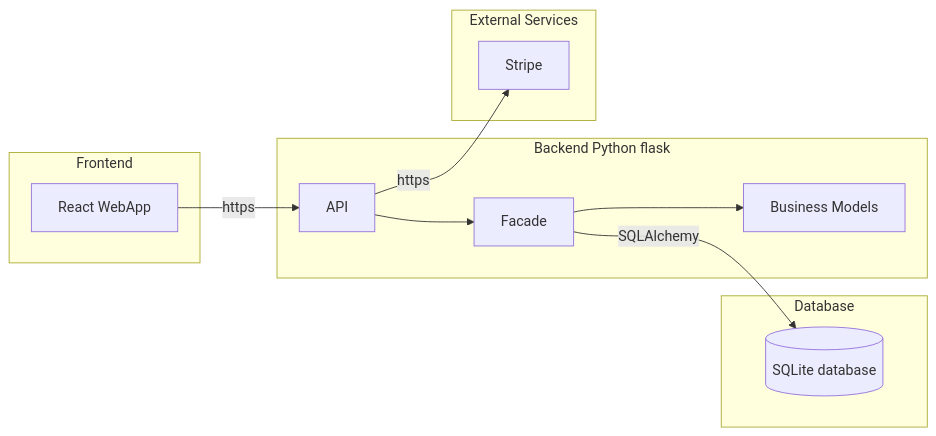
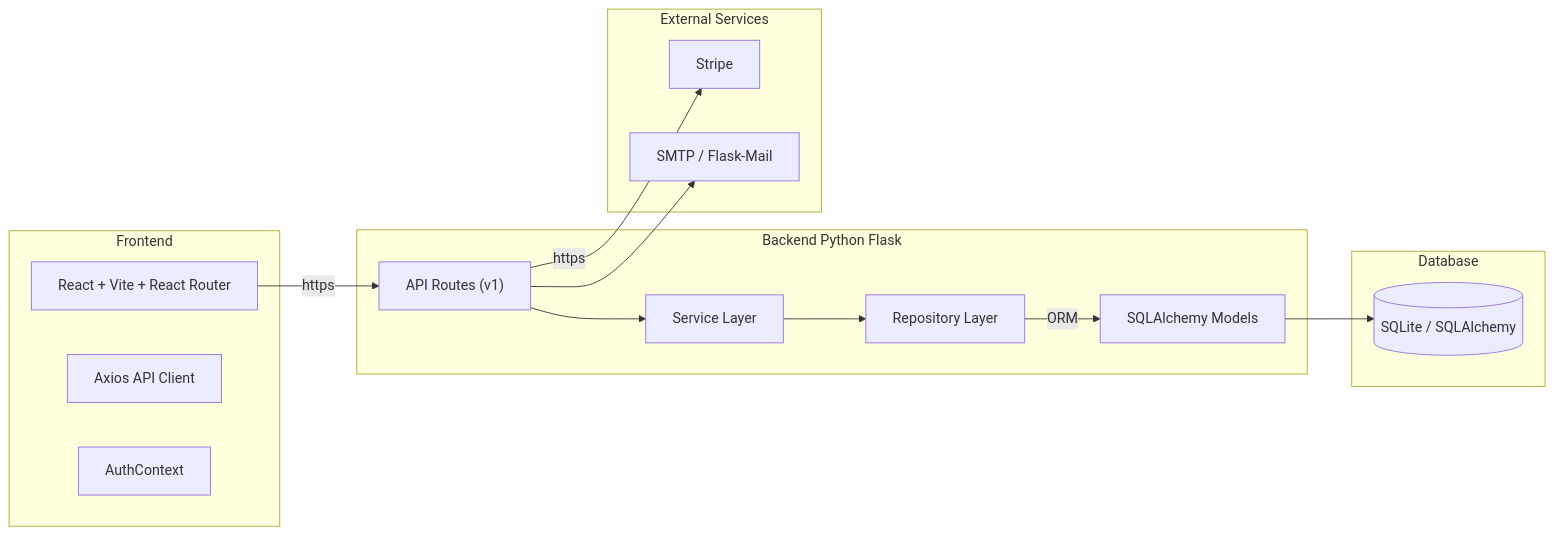
The first of 6 diagrams in docs/Technical Documentation(Stage 3).md (ylabate/Portfolio-Project), drawn with Mermaid before and after one commit. The commit also changed other lines of this file and 1 other file, not shown here.

````diff
--- a/docs/Technical Documentation(Stage 3).md
+++ b/docs/Technical Documentation(Stage 3).md
@@ -52,22 +52,28 @@
 ```mermaid
 flowchart LR
- subgraph frontend["Frontend"]
-        webapp["React WebApp"]
-  end
- subgraph backend["Backend Python flask"]
-        api["API"]
-        facade["Facade"]
-        Models["Business Models"]
-  end
- subgraph database["Database"]
-        sqlite[("SQLite database")]
-  end
- subgraph external["External Services"]
-        stripe["Stripe"]
-  end
-    webapp -- https --> api
-    api --> facade
-    api -- https --> stripe
-    facade --> Models
-    facade -- SQLAlchemy --> sqlite
+     subgraph frontend["Frontend"]
+            webapp["React + Vite + React Router"]
+            apiclient["Axios API Client"]
+            context["AuthContext"]
+    end
+     subgraph backend["Backend Python Flask"]
+            api["API Routes (v1)"]
+            services["Service Layer"]
+            repo["Repository Layer"]
+            models["SQLAlchemy Models"]
+      end
+     subgraph database["Database"]
+            sqlite[("SQLite / SQLAlchemy")]
+    end
+     subgraph external["External Services"]
+            stripe["Stripe"]
+            mail["SMTP / Flask-Mail"]
+    end
+       webapp -- https --> api
+       api --> services
+       api -- https --> stripe
+       api --> mail
+       services --> repo
+       repo -- ORM --> models
+       models --> sqlite
 ```
````
